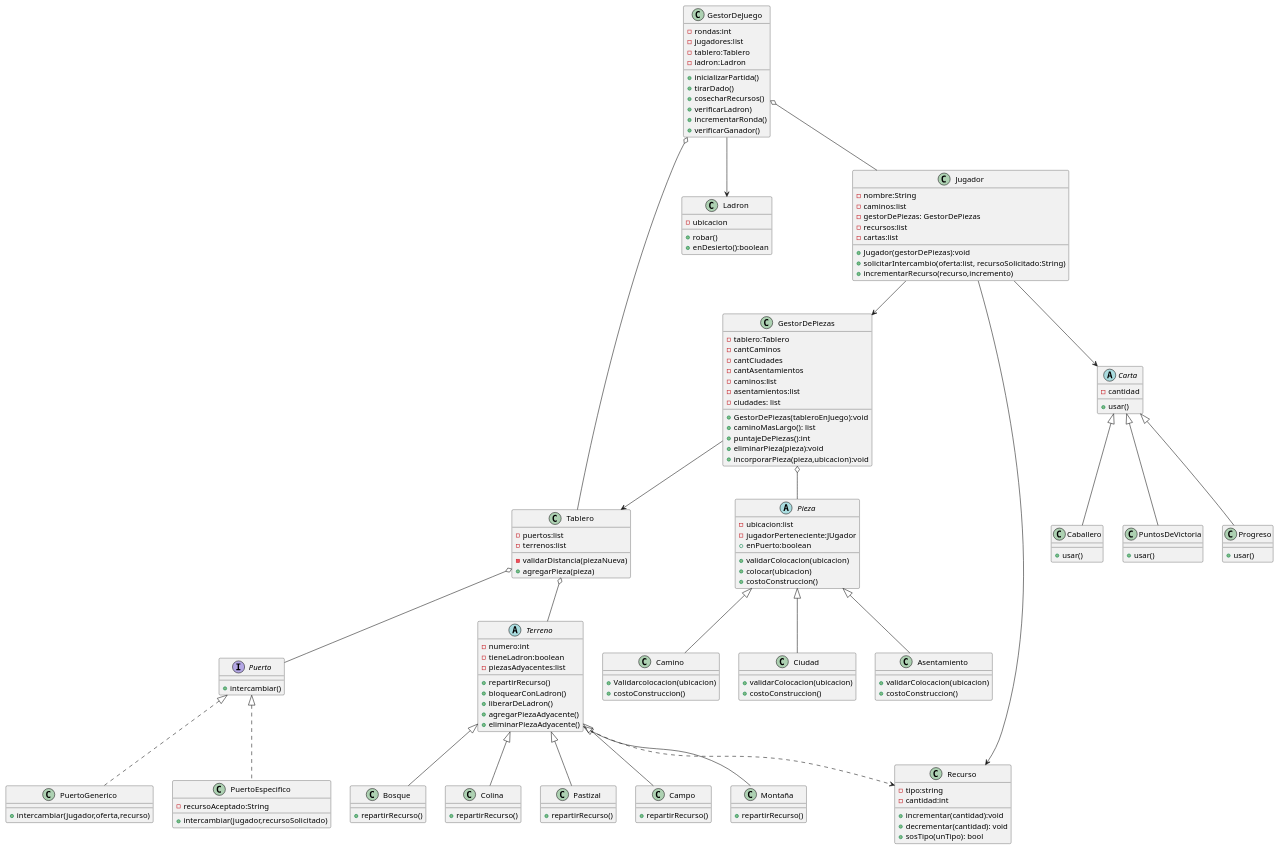
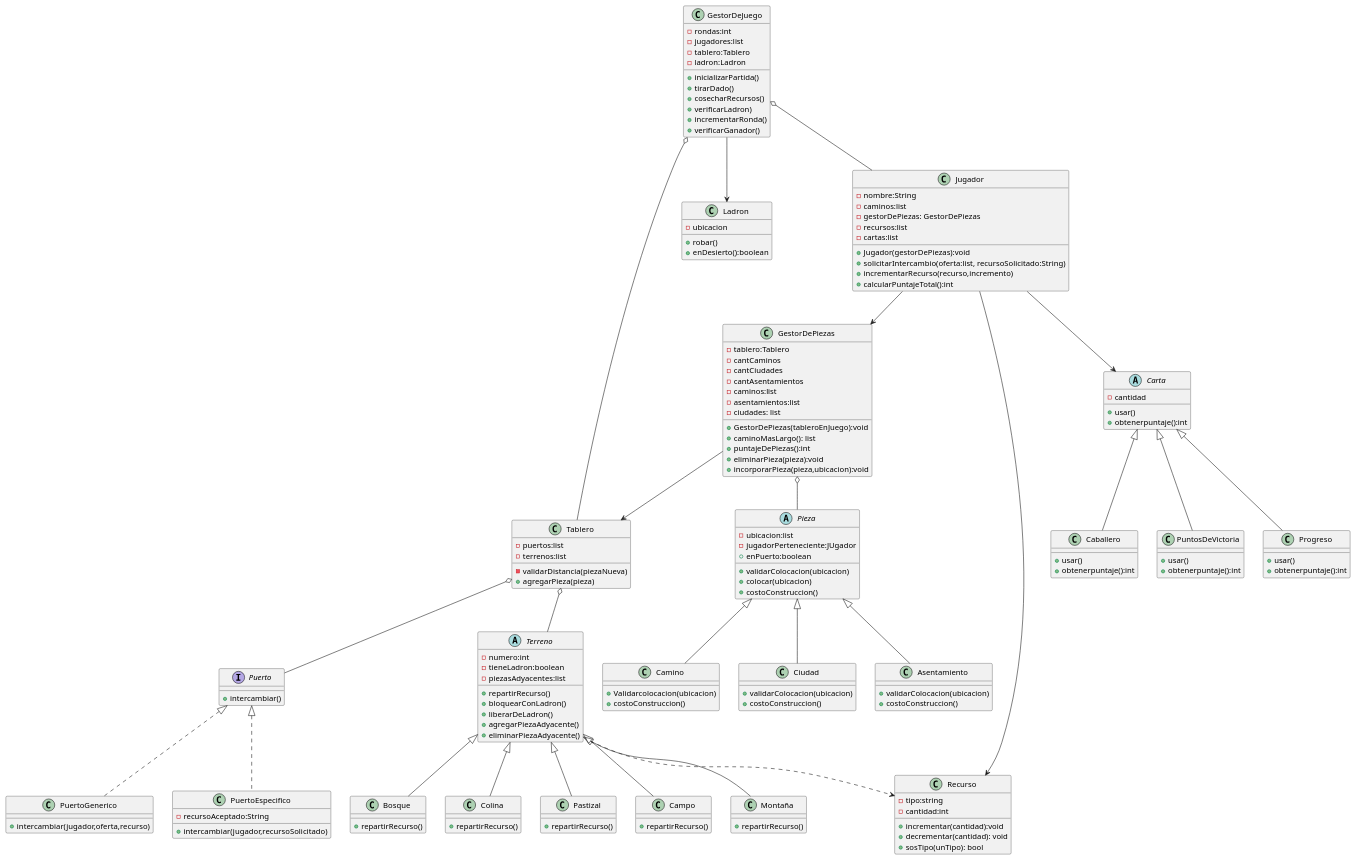
One commit to Daiana-Aldrey/g02-tp2-2c-2025 changed the diagram in diagramas/diagrama_clases.plantuml. Above: the diagram before and after it, drawn with PlantUML. The commit also changed 8 other files, not shown here.

Commit message:
con Caro hicimos el diagrama de secuencia y agregamos un par de cositas al  diagrama_clases.plantuml

```diff
--- a/diagramas/diagrama_clases.plantuml
+++ b/diagramas/diagrama_clases.plantuml
@@ -1,172 +1,180 @@
 @startuml
 class GestorDeJuego{
 -rondas:int
 -jugadores:list
 -tablero:Tablero
 -ladron:Ladron
 +inicializarPartida()
 +tirarDado()
 +cosecharRecursos()
 +verificarLadron)
 +incrementarRonda()
 +verificarGanador()
 }
 
 class Tablero{
 -puertos:list
 -terrenos:list
 -validarDistancia(piezaNueva)
 +agregarPieza(pieza)
 }
 
 Interface Puerto{
 +intercambiar()
 }
 
 class PuertoGenerico{
 +intercambiar(jugador,oferta,recurso)
 }
 
 class PuertoEspecifico{
 -recursoAceptado:String
 +intercambiar(jugador,recursoSolicitado)
 }
 
 class Ladron{
 -ubicacion
 +robar()
 +enDesierto():boolean
 }
 
 class Jugador{
 -nombre:String
 -caminos:list
 -gestorDePiezas: GestorDePiezas
 -recursos:list
 -cartas:list
 +Jugador(gestorDePiezas):void
 +solicitarIntercambio(oferta:list, recursoSolicitado:String)
 +incrementarRecurso(recurso,incremento)
++calcularPuntajeTotal():int
 }
 
 class GestorDePiezas{
 -tablero:Tablero
 -cantCaminos
 -cantCiudades
 -cantAsentamientos
 -caminos:list
 -asentamientos:list
 -ciudades: list
 +GestorDePiezas(tableroEnJuego):void
 +caminoMasLargo(): list
 +puntajeDePiezas():int
 +eliminarPieza(pieza):void
 +incorporarPieza(pieza,ubicacion):void
 }
 
 Abstract class Pieza{
 -ubicacion:list
 -jugadorPerteneciente:JUgador
 +enPuerto:boolean
 +validarColocacion(ubicacion)
 +colocar(ubicacion)
 +costoConstruccion()
 }
 
 class Camino{
 +Validarcolocacion(ubicacion)
 +costoConstruccion()
 }
 
 class Ciudad{
 +validarColocacion(ubicacion)
 +costoConstruccion()
 }
 
 class Asentamiento{
 +validarColocacion(ubicacion)
 +costoConstruccion()
 }
 
 class Recurso{
 -tipo:string
 -cantidad:int
 +incrementar(cantidad):void
 +decrementar(cantidad): void
 +sosTipo(unTipo): bool
 }
 
 Abstract class Terreno {
 -numero:int
 -tieneLadron:boolean
 -piezasAdyacentes:list
 +repartirRecurso()
 +bloquearConLadron()
 +liberarDeLadron()
 +agregarPiezaAdyacente()
 +eliminarPiezaAdyacente()
 }
 
 class Bosque{
 +repartirRecurso()
 }
 
 class Colina{
 +repartirRecurso()
 }
 
 class Pastizal{
 +repartirRecurso()
 }
 
 class Campo{
 +repartirRecurso()
 }
 
 class Montaña{
 +repartirRecurso()
 }
 
 
 Abstract class Carta{
 -cantidad
 +usar()
++obtenerpuntaje():int
 }
 
 class Caballero{
 +usar()
++obtenerpuntaje():int
+
 }
 
 class PuntosDeVictoria{
 +usar()
++obtenerpuntaje():int
+
 }
 
 class Progreso{
 +usar()
++obtenerpuntaje():int
+
 }
 
 Carta <|-- Caballero
 Carta <|-- PuntosDeVictoria
 Carta <|-- Progreso
 GestorDeJuego o-- Tablero
 GestorDeJuego o-- Jugador
 GestorDeJuego --> Ladron
 Puerto <|.. PuertoEspecifico
 Puerto <|.. PuertoGenerico
 Tablero o-- Puerto
 Tablero o-- Terreno
 Terreno <|-- Bosque
 Terreno <|-- Pastizal
 Terreno <|-- Campo
 Terreno <|-- Montaña
 Terreno <|-- Colina
 Terreno ..> Recurso
 Jugador --> Recurso
 Jugador --> GestorDePiezas
 Jugador --> Carta
 GestorDePiezas --> Tablero
 GestorDePiezas o-- Pieza
 Pieza <|-- Camino
 Pieza <|-- Asentamiento
 Pieza <|-- Ciudad
 @enduml
```
